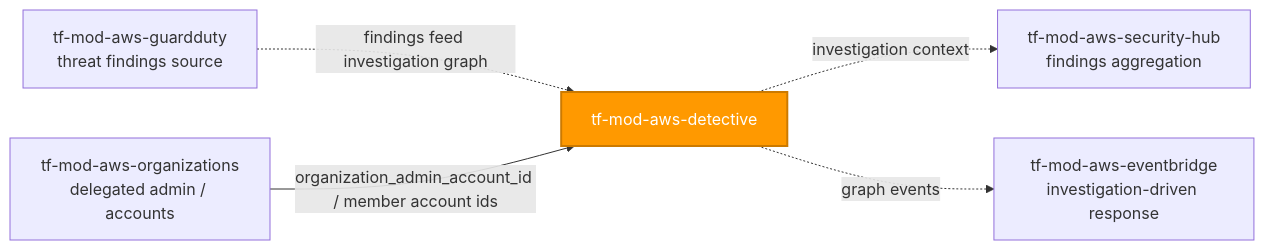
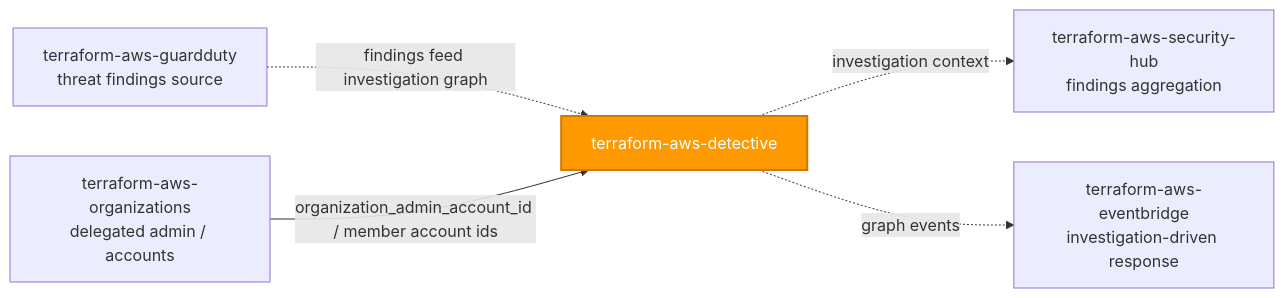
One commit to microsoftexpert/terraform-aws-detective changed the first of 2 diagrams in README.md. Above: the diagram before and after it, drawn with Mermaid. The commit also changed other lines of this file and 4 other files, not shown here.

````diff
--- a/README.md
+++ b/README.md
@@ -43,15 +43,15 @@
 ```mermaid
 flowchart LR
- gd["tf-mod-aws-guardduty<br/>threat findings source"]
- det["tf-mod-aws-detective"]
- hub["tf-mod-aws-security-hub<br/>findings aggregation"]
- org["tf-mod-aws-organizations<br/>delegated admin / accounts"]
- eb["tf-mod-aws-eventbridge<br/>investigation-driven response"]
+ gd["terraform-aws-guardduty<br/>threat findings source"]
+ det["terraform-aws-detective"]
+ hub["terraform-aws-security-hub<br/>findings aggregation"]
+ org["terraform-aws-organizations<br/>delegated admin / accounts"]
+ eb["terraform-aws-eventbridge<br/>investigation-driven response"]
 
  gd -.->|"findings feed investigation graph"| det
  org -->|"organization_admin_account_id / member account ids"| det
  det -.->|"investigation context"| hub
  det -.->|"graph events"| eb
 
  style det fill:#FF9900,color:#fff,stroke:#cc7a00,stroke-width:2px
 ```
````
